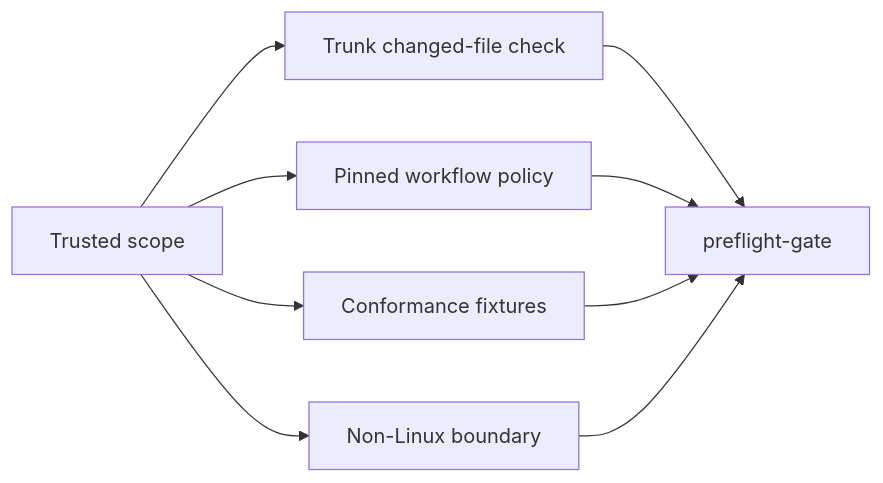
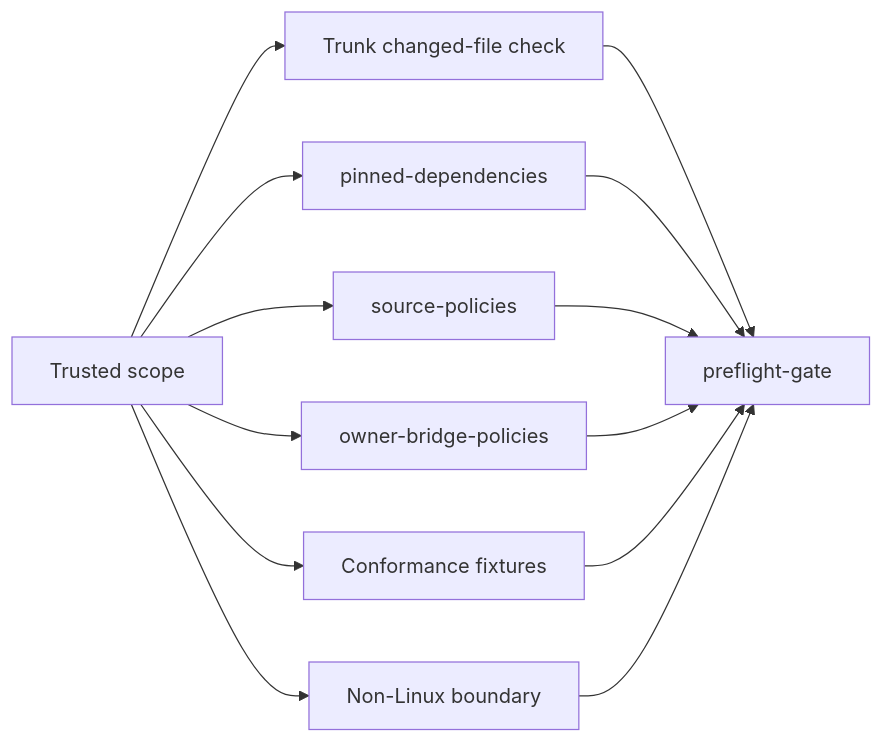
The fifth of 14 diagrams in CONTRIBUTING.md (arceushui/pigloros), drawn with Mermaid before and after one commit. The commit also changed other lines of this file and 4 other files, not shown here.

````diff
--- a/CONTRIBUTING.md
+++ b/CONTRIBUTING.md
@@ -165,11 +172,15 @@
 ```mermaid
 flowchart LR
     S["Trusted scope"] --> T["Trunk changed-file check"]
-    S --> P["Pinned workflow policy"]
+    S --> P["pinned-dependencies"]
+    S --> SP["source-policies"]
+    S --> OP["owner-bridge-policies"]
     S --> F["Conformance fixtures"]
     S --> N["Non-Linux boundary"]
     T --> G["preflight-gate"]
     P --> G
+    SP --> G
+    OP --> G
     F --> G
     N --> G
 ```
````
